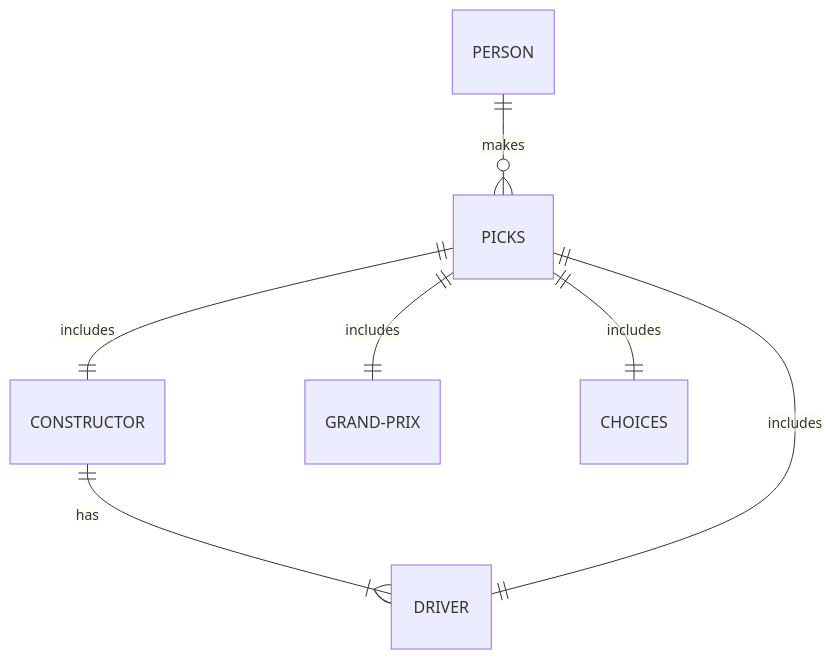
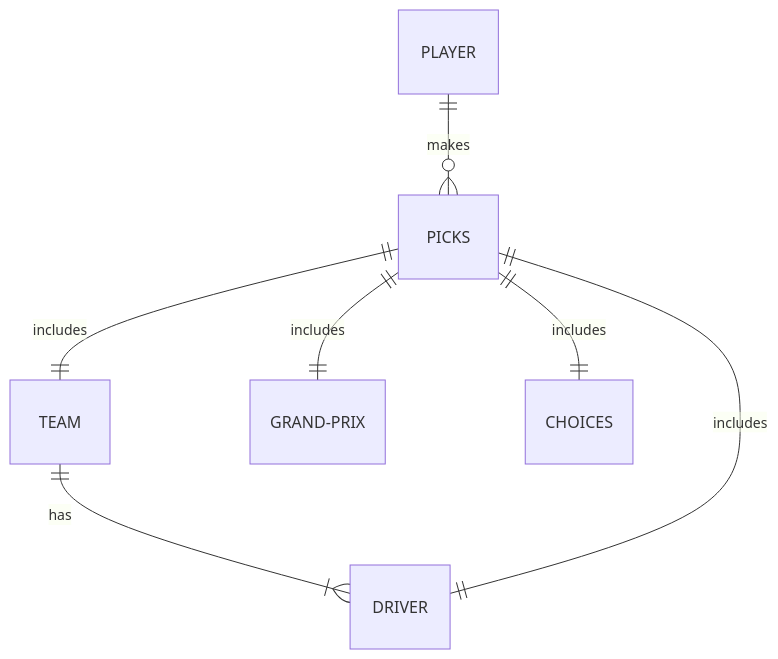
One commit to richarddubay/f1-fantasy-league changed the first of 2 diagrams in README.md. Above: the diagram before and after it, drawn with Mermaid. The commit also changed other lines of this file, not shown here.

````diff
--- a/README.md
+++ b/README.md
@@ -46,18 +46,18 @@
 ```mermaid
 %%{init: {
   "theme": "default",
   "themeCSS": [
     ".er.entityBox { fill: #e10600; stroke: #cb0500; stroke-width: 2px}",
     ".er.attributeBoxEven { stroke: #cb0500 }",
     ".er.attributeBoxOdd { stroke: #cb0500 }"
   ]
 }}%%
 
 erDiagram
-  PERSON ||--o{ PICKS : makes
-  CONSTRUCTOR ||--|{ DRIVER : has
+  PLAYER ||--o{ PICKS : makes
+  TEAM ||--|{ DRIVER : has
   PICKS ||--|| GRAND-PRIX : includes
   PICKS ||--|| CHOICES : includes
-  PICKS ||--|| CONSTRUCTOR : includes
+  PICKS ||--|| TEAM : includes
   PICKS ||--|| DRIVER : includes
 ```
````
